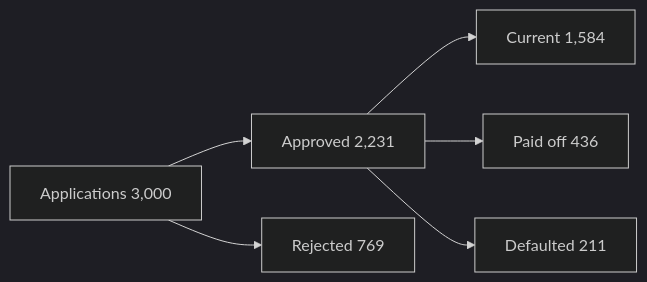
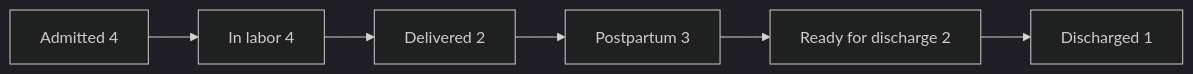
The diagram in data/system-prompt.md (CcCc-coc/materni-flow), drawn with Mermaid (dark theme) before and after one commit. The commit also changed other lines of this file and 273 other files, not shown here.

````diff
--- a/data/system-prompt.md
+++ b/data/system-prompt.md
@@ -507,8 +366,8 @@
 ```mermaid
 flowchart LR
-    A[Applications 3,000] --> B[Approved 2,231]
-    A --> C[Rejected 769]
-    B --> D[Current 1,584]
-    B --> E[Paid off 436]
-    B --> F[Defaulted 211]
+    A[Admitted 4] --> B[In labor 4]
+    B --> C[Delivered 2]
+    C --> D[Postpartum 3]
+    D --> E[Ready for discharge 2]
+    E --> F[Discharged 1]
 ```
````
